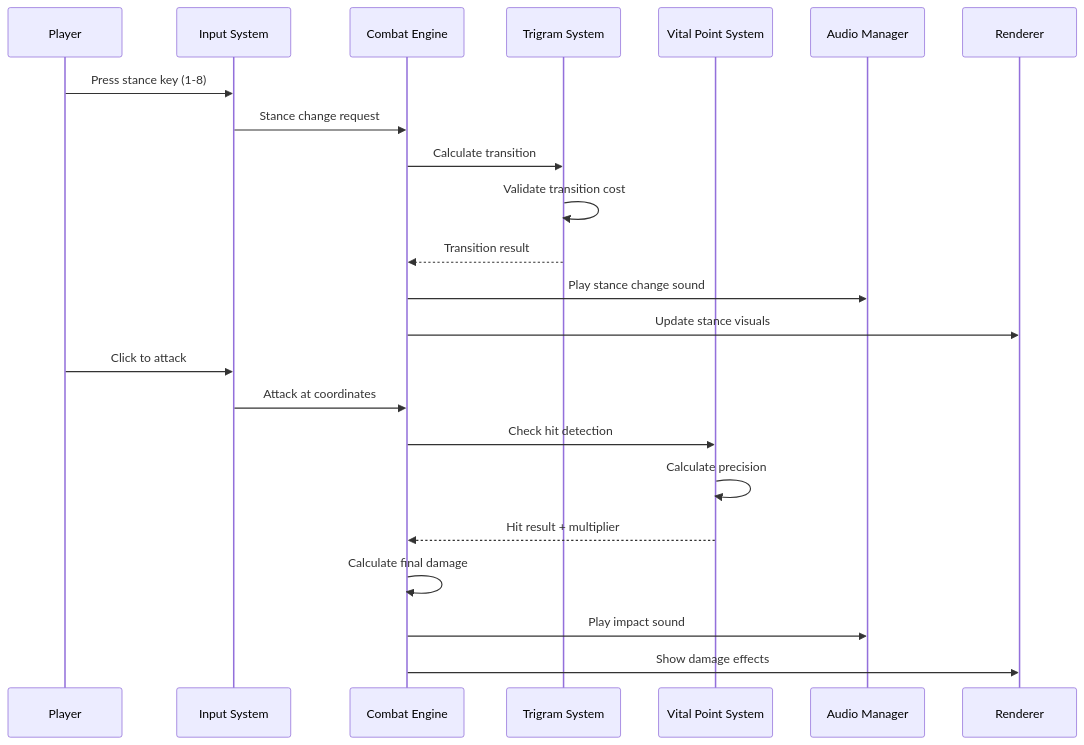
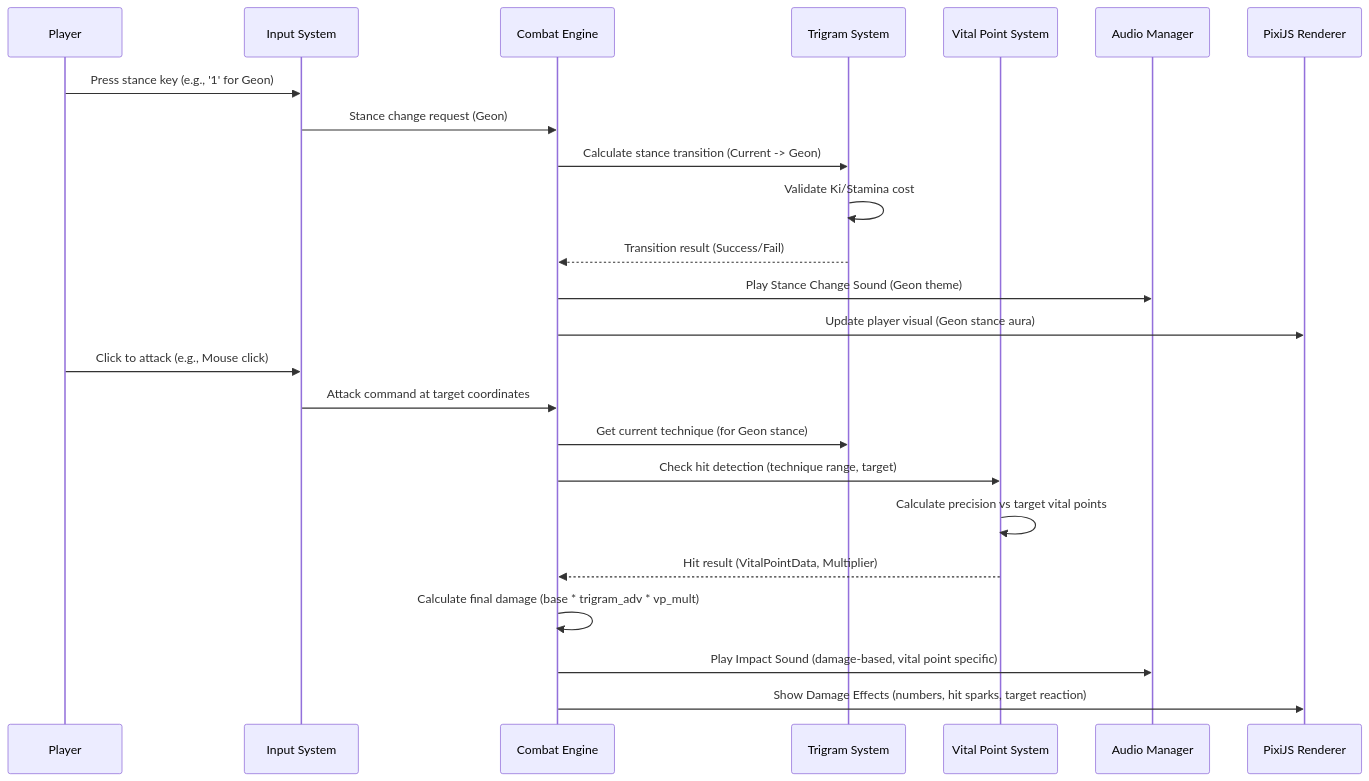
One commit to fossabot/blacktrigram changed the second of 4 diagrams in ARCHITECTURE.md. Above: the diagram before and after it, drawn with Mermaid. The commit also changed other lines of this file and 38 other files, not shown here.

Commit message:
feat: Implement comprehensive combat system architecture for Korean martial arts, integrating trigram philosophy, vital point targeting, and audio-visual elements

````diff
--- a/ARCHITECTURE.md
+++ b/ARCHITECTURE.md
@@ -180,27 +185,28 @@
 ```mermaid
 sequenceDiagram
     participant Player
-    participant Input System
-    participant Combat Engine
-    participant Trigram System
-    participant Vital Point System
-    participant Audio Manager
-    participant Renderer
+    participant InputSystem as Input System
+    participant CombatEngine as Combat Engine
+    participant TrigramSystem as Trigram System
+    participant VitalPointSystem as Vital Point System
+    participant AudioManager as Audio Manager
+    participant Renderer as PixiJS Renderer
 
-    Player->>Input System: Press stance key (1-8)
-    Input System->>Combat Engine: Stance change request
-    Combat Engine->>Trigram System: Calculate transition
-    Trigram System->>Trigram System: Validate transition cost
-    Trigram System-->>Combat Engine: Transition result
-    Combat Engine->>Audio Manager: Play stance change sound
-    Combat Engine->>Renderer: Update stance visuals
+    Player->>InputSystem: Press stance key (e.g., '1' for Geon)
+    InputSystem->>CombatEngine: Stance change request (Geon)
+    CombatEngine->>TrigramSystem: Calculate stance transition (Current -> Geon)
+    TrigramSystem->>TrigramSystem: Validate Ki/Stamina cost
+    TrigramSystem-->>CombatEngine: Transition result (Success/Fail)
+    CombatEngine->>AudioManager: Play Stance Change Sound (Geon theme)
+    CombatEngine->>Renderer: Update player visual (Geon stance aura)
 
-    Player->>Input System: Click to attack
-    Input System->>Combat Engine: Attack at coordinates
-    Combat Engine->>Vital Point System: Check hit detection
-    Vital Point System->>Vital Point System: Calculate precision
-    Vital Point System-->>Combat Engine: Hit result + multiplier
-    Combat Engine->>Combat Engine: Calculate final damage
-    Combat Engine->>Audio Manager: Play impact sound
-    Combat Engine->>Renderer: Show damage effects
+    Player->>InputSystem: Click to attack (e.g., Mouse click)
+    InputSystem->>CombatEngine: Attack command at target coordinates
+    CombatEngine->>TrigramSystem: Get current technique (for Geon stance)
+    CombatEngine->>VitalPointSystem: Check hit detection (technique range, target)
+    VitalPointSystem->>VitalPointSystem: Calculate precision vs target vital points
+    VitalPointSystem-->>CombatEngine: Hit result (VitalPointData, Multiplier)
+    CombatEngine->>CombatEngine: Calculate final damage (base * trigram_adv * vp_mult)
+    CombatEngine->>AudioManager: Play Impact Sound (damage-based, vital point specific)
+    CombatEngine->>Renderer: Show Damage Effects (numbers, hit sparks, target reaction)
 ```
````
